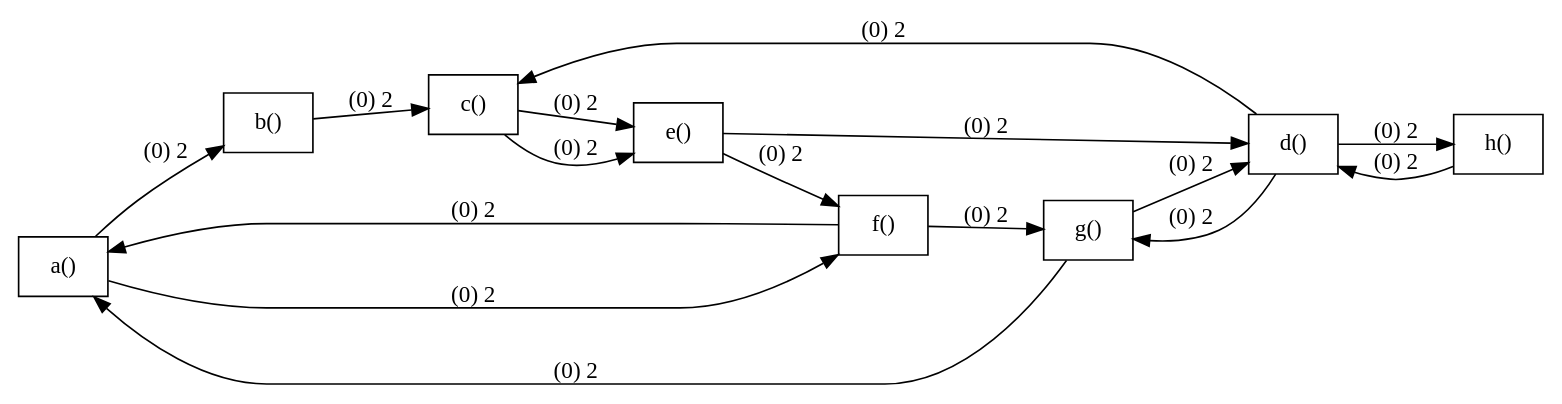
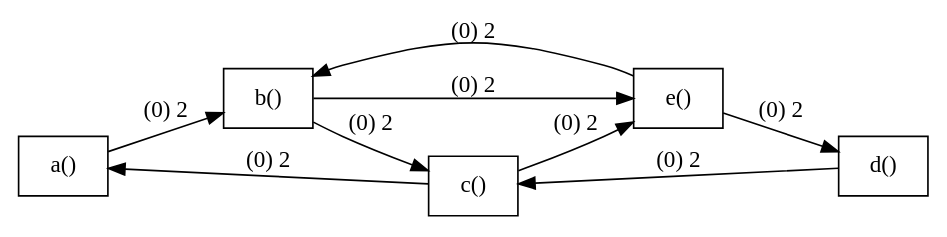
One commit to Wan960304/2019-spring-gt changed the diagram in plot.dot. Above: the diagram before and after it, drawn with Graphviz. The commit also changed 4 other files, not shown here.

```diff
--- a/plot.dot
+++ b/plot.dot
@@ -1,51 +1,30 @@
 digraph G{
 rankdir=LR;
 node [shape=record];
 
 a [label="a()"];
 b [label="b()"];
 a->b[label="(0) 2"];
 b [label="b()"];
 c [label="c()"];
 b->c[label="(0) 2"];
 c [label="c()"];
 e [label="e()"];
 c->e[label="(0) 2"];
 e [label="e()"];
-f [label="f()"];
-e->f[label="(0) 2"];
-f [label="f()"];
-a [label="a()"];
-f->a[label="(0) 2"];
-a [label="a()"];
-f [label="f()"];
-a->f[label="(0) 2"];
-f [label="f()"];
-g [label="g()"];
-f->g[label="(0) 2"];
-g [label="g()"];
+b [label="b()"];
+e->b[label="(0) 2"];
+b [label="b()"];
+e [label="e()"];
+b->e[label="(0) 2"];
+e [label="e()"];
 d [label="d()"];
-g->d[label="(0) 2"];
+e->d[label="(0) 2"];
 d [label="d()"];
 c [label="c()"];
 d->c[label="(0) 2"];
 c [label="c()"];
-e [label="e()"];
-c->e[label="(0) 2"];
-e [label="e()"];
-d [label="d()"];
-e->d[label="(0) 2"];
-d [label="d()"];
-h [label="h()"];
-d->h[label="(0) 2"];
-h [label="h()"];
-d [label="d()"];
-h->d[label="(0) 2"];
-d [label="d()"];
-g [label="g()"];
-d->g[label="(0) 2"];
-g [label="g()"];
 a [label="a()"];
-g->a[label="(0) 2"];
+c->a[label="(0) 2"];
 
 }
```
